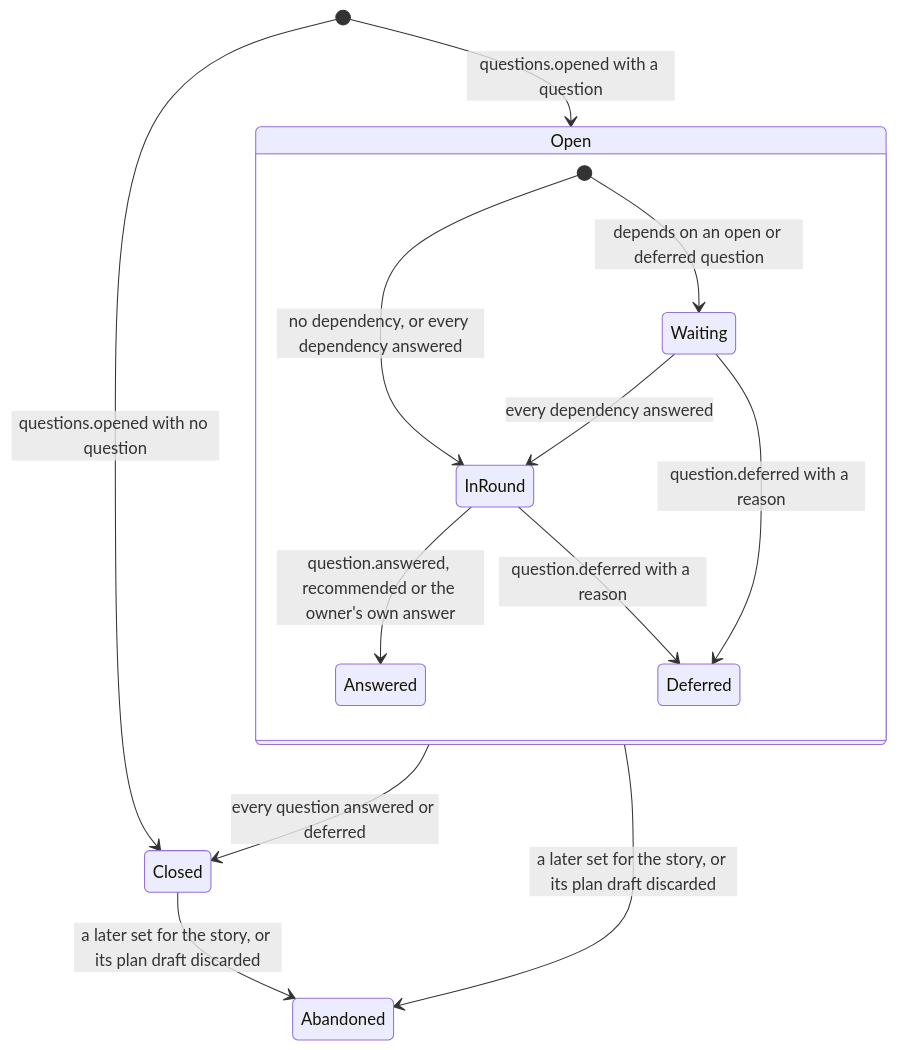
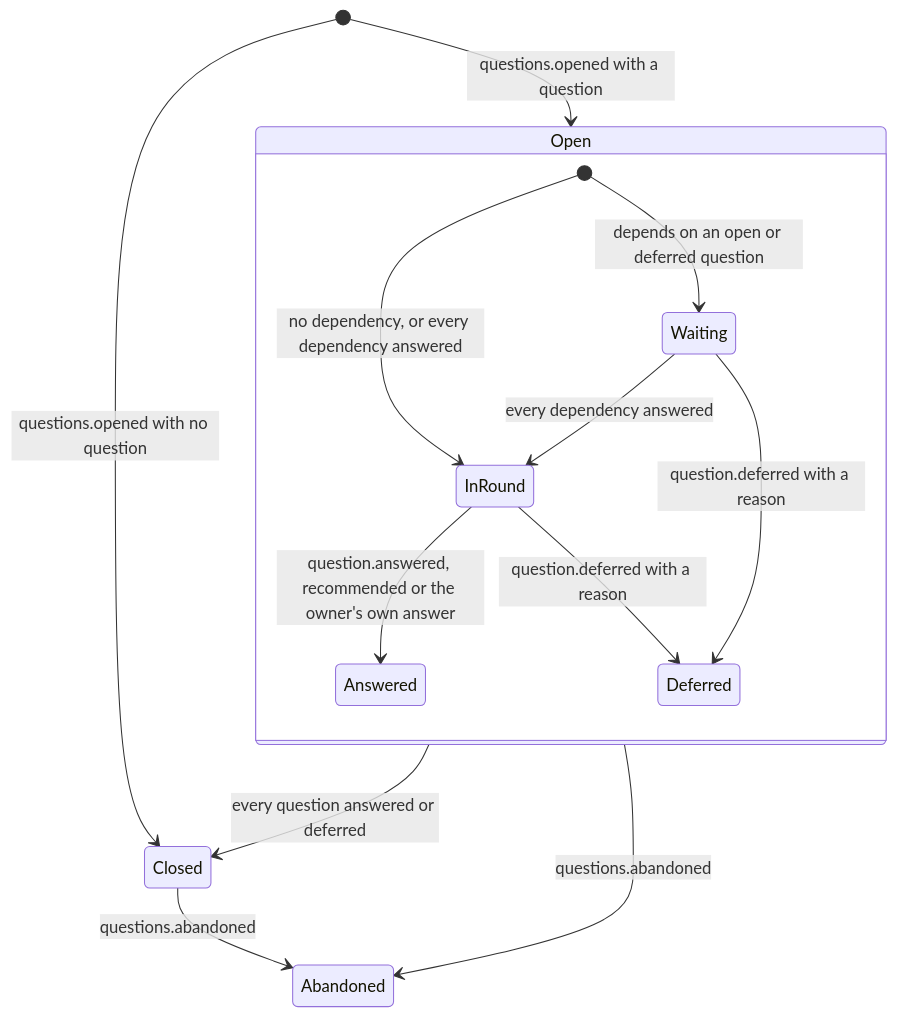
Before and after one commit to crenshawdev/baley: the fourth of 8 diagrams in docs/design/0005-context-plans-and-acceptance.md, drawn with Mermaid. The commit also changed other lines of this file and 2 other files, not shown here.

First line of the commit message:
docs(design): pin the fingerprint bytes and record abandoned question sets

````diff
--- a/docs/design/0005-context-plans-and-acceptance.md
+++ b/docs/design/0005-context-plans-and-acceptance.md
@@ -345,16 +355,16 @@
 ```mermaid
 stateDiagram-v2
   [*] --> Open: questions.opened with a question
   [*] --> Closed: questions.opened with no question
   state Open {
     [*] --> InRound: no dependency, or every dependency answered
     [*] --> Waiting: depends on an open or deferred question
     Waiting --> InRound: every dependency answered
     InRound --> Answered: question.answered, recommended or the owner's own answer
     InRound --> Deferred: question.deferred with a reason
     Waiting --> Deferred: question.deferred with a reason
   }
   Open --> Closed: every question answered or deferred
-  Open --> Abandoned: a later set for the story, or its plan draft discarded
-  Closed --> Abandoned: a later set for the story, or its plan draft discarded
+  Open --> Abandoned: questions.abandoned
+  Closed --> Abandoned: questions.abandoned
 ```
````
